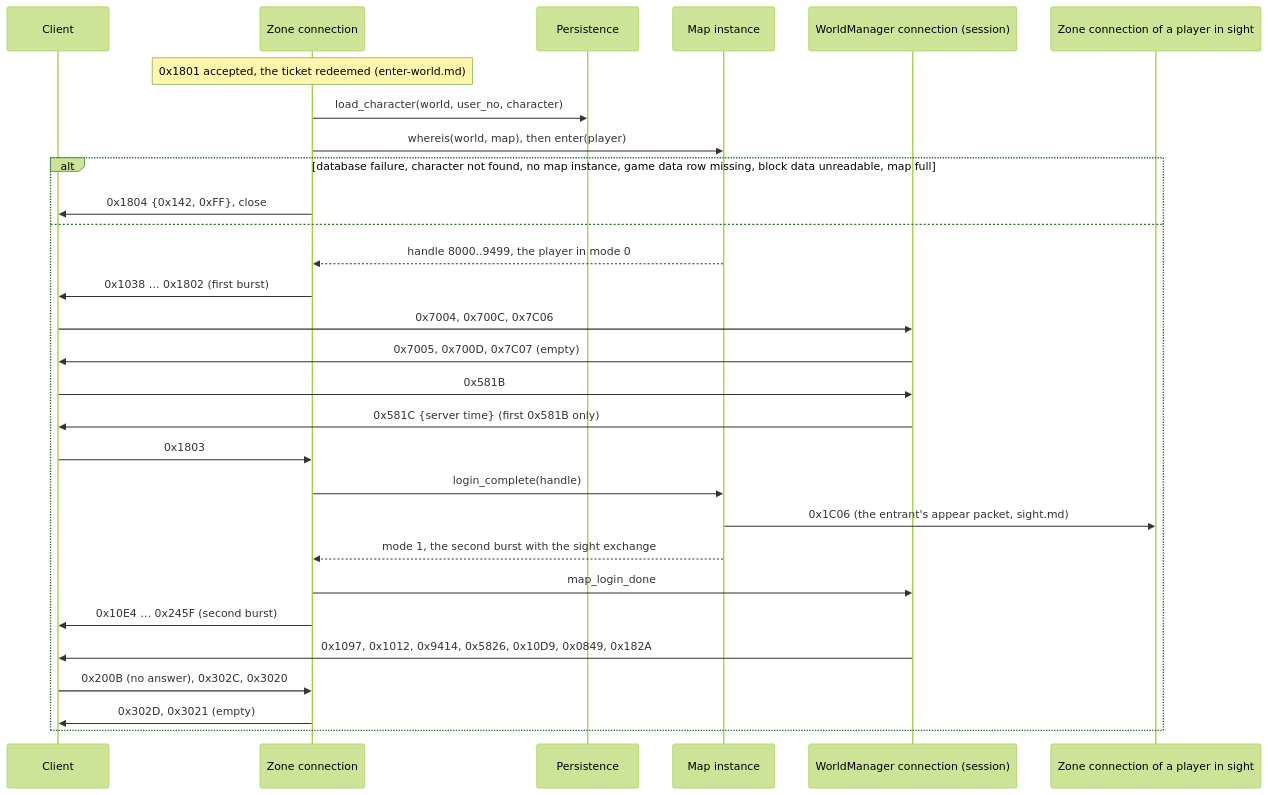
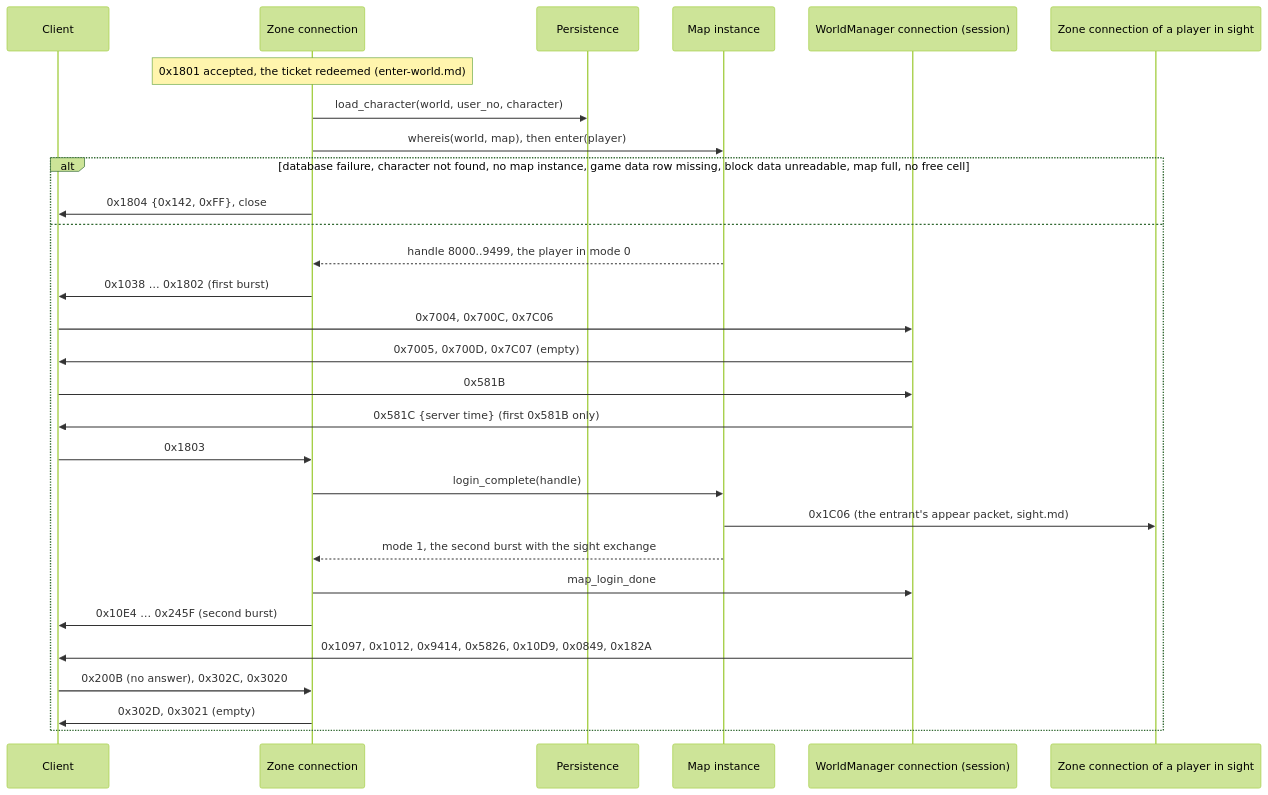
One commit to wbpascal/pinata changed the diagram in server/docs/technical/flows/map-entry.md. Above: the diagram before and after it, drawn with Mermaid (forest theme). The commit also changed other lines of this file and 18 other files, not shown here.

Commit message:
Arrival placement: a player is put on the nearest free cell, else the regen point (#153)

````diff
--- a/server/docs/technical/flows/map-entry.md
+++ b/server/docs/technical/flows/map-entry.md
@@ -5,31 +5,31 @@
 ```mermaid
 sequenceDiagram
     participant C as Client
     participant Z as Zone connection
     participant P as Persistence
     participant I as Map instance
     participant M as WorldManager connection (session)
     participant O as Zone connection of a player in sight
     Note over Z: 0x1801 accepted, the ticket redeemed (enter-world.md)
     Z->>P: load_character(world, user_no, character)
     Z->>I: whereis(world, map), then enter(player)
-    alt database failure, character not found, no map instance, game data row missing, block data unreadable, map full
+    alt database failure, character not found, no map instance, game data row missing, block data unreadable, map full, no free cell
         Z->>C: 0x1804 {0x142, 0xFF}, close
     else
         I-->>Z: handle 8000..9499, the player in mode 0
         Z->>C: 0x1038 … 0x1802 (first burst)
         C->>M: 0x7004, 0x700C, 0x7C06
         M->>C: 0x7005, 0x700D, 0x7C07 (empty)
         C->>M: 0x581B
         M->>C: 0x581C {server time} (first 0x581B only)
         C->>Z: 0x1803
         Z->>I: login_complete(handle)
         I->>O: 0x1C06 (the entrant's appear packet, sight.md)
         I-->>Z: mode 1, the second burst with the sight exchange
         Z->>M: map_login_done
         Z->>C: 0x10E4 … 0x245F (second burst)
         M->>C: 0x1097, 0x1012, 0x9414, 0x5826, 0x10D9, 0x0849, 0x182A
         C->>Z: 0x200B (no answer), 0x302C, 0x3020
         Z->>C: 0x302D, 0x3021 (empty)
     end
 ```
````
